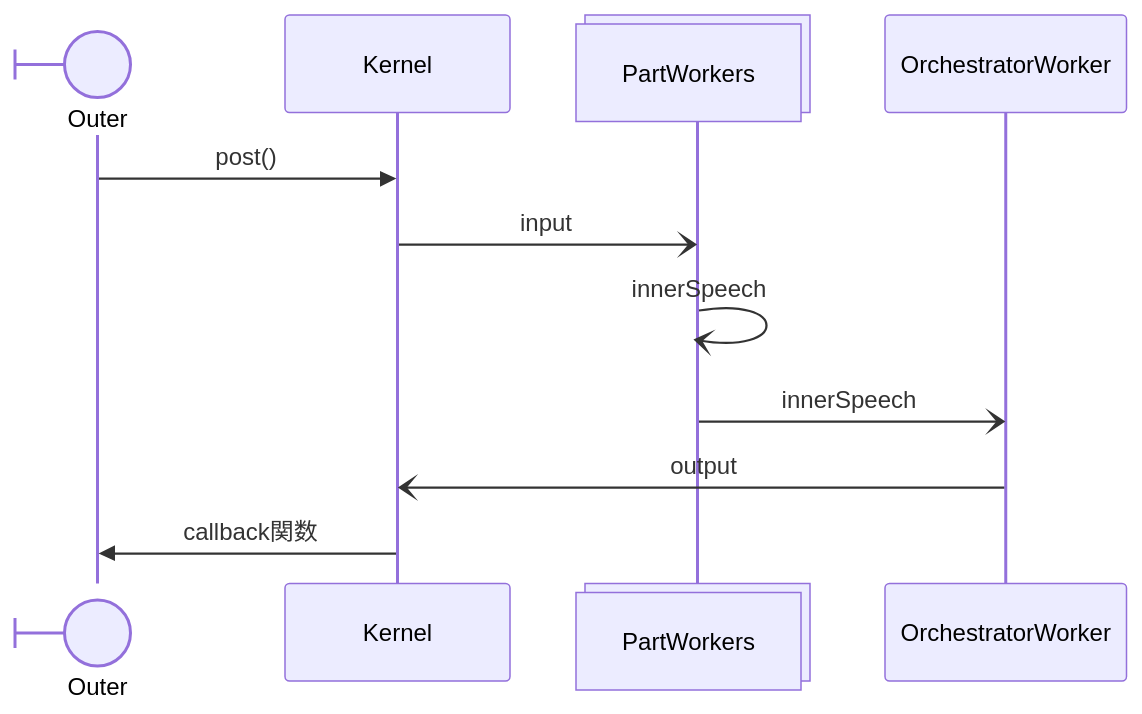
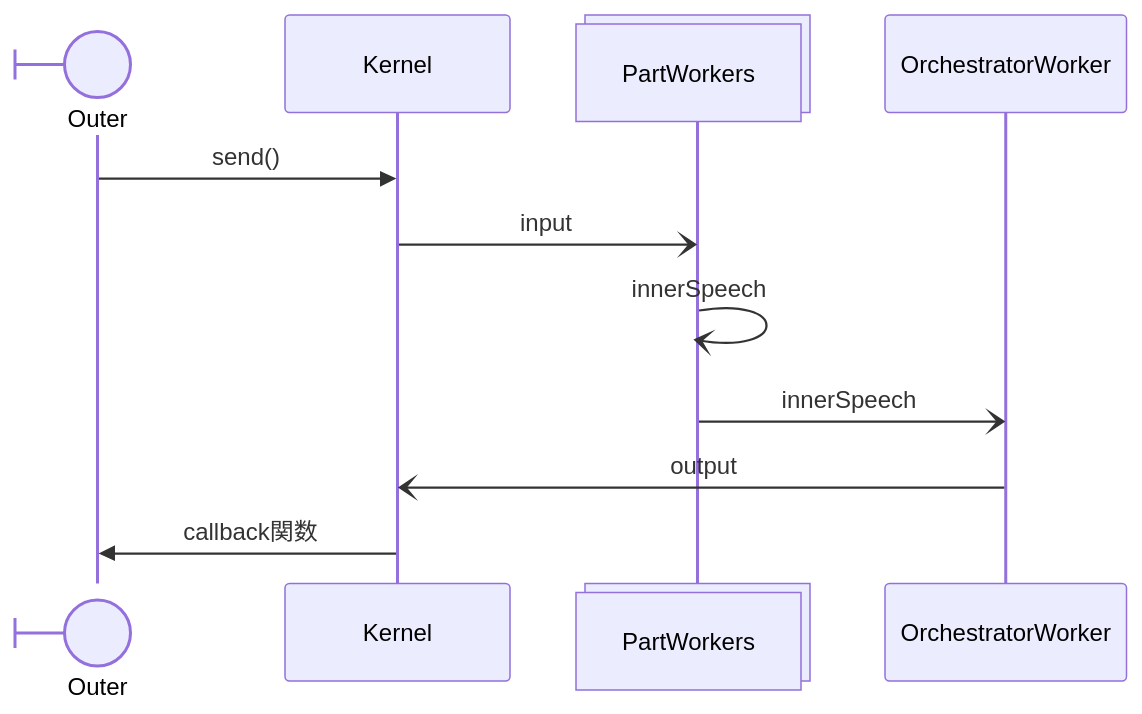
One commit to shinichi-kato/fairybiome-0.20 changed the first of 3 diagrams in content/documents/OrchestratorPart.md. Above: the diagram before and after it, drawn with Mermaid. The commit also changed other lines of this file and 12 other files, not shown here.

````diff
--- a/content/documents/OrchestratorPart.md
+++ b/content/documents/OrchestratorPart.md
@@ -21,12 +21,12 @@
 ```mermaid
 sequenceDiagram
 participant Outer@{"type": "boundary" }
 participant Kernel
 participant PartWorkers@{ "type" : "collections" }
-    Outer->>Kernel: post()
+    Outer->>Kernel: send()
     Kernel-)PartWorkers: input
     PartWorkers-)PartWorkers: innerSpeech
     PartWorkers-)OrchestratorWorker: innerSpeech
     OrchestratorWorker-)Kernel: output
     Kernel->>Outer: callback関数
 ```
````
